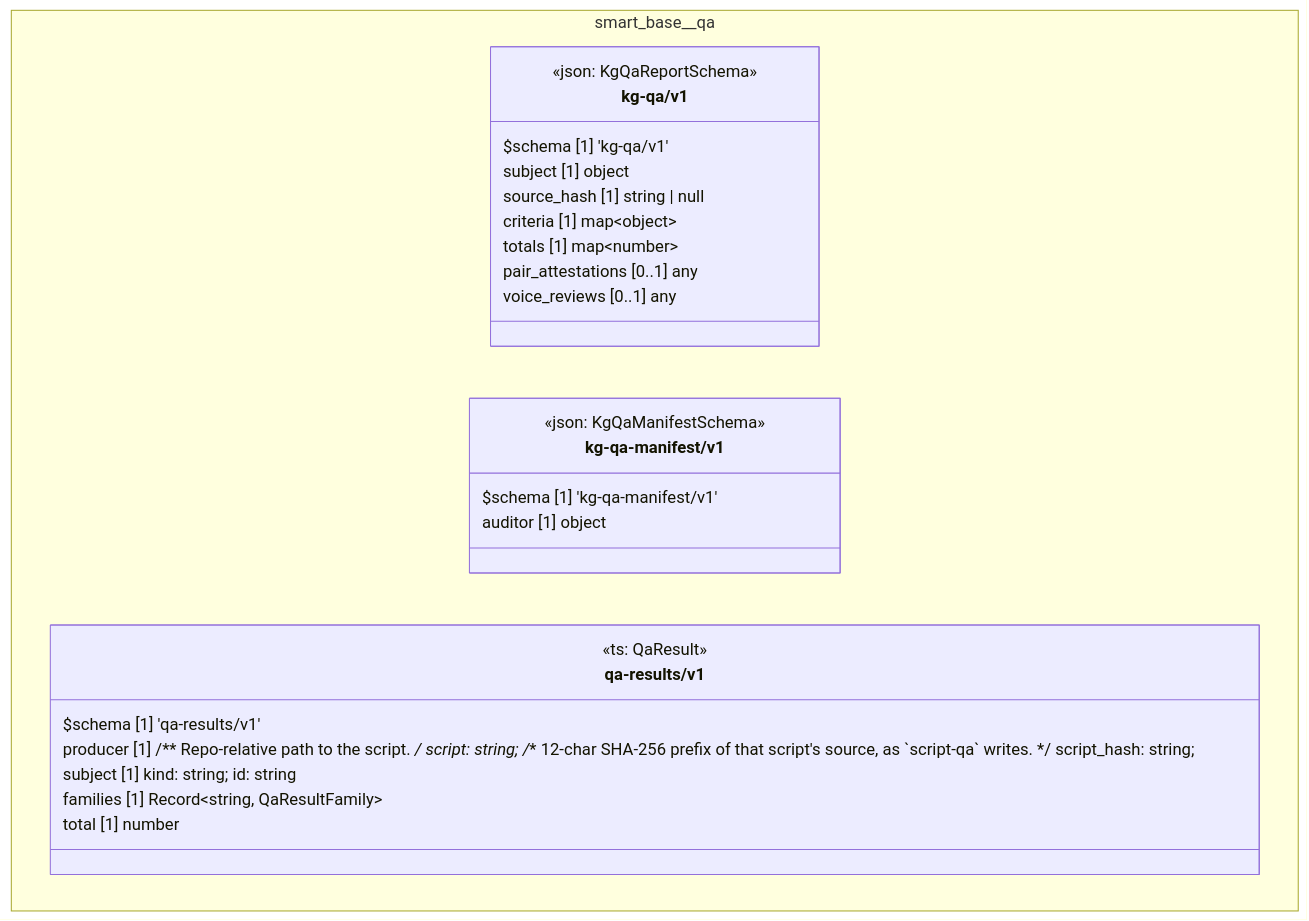
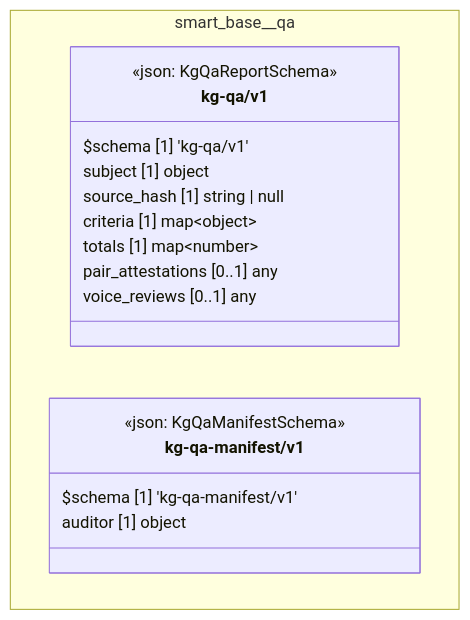
The diagram in cat-harness/docs/uml/overview/smart-base/qa.md (litlfred/folio-assistant), drawn with Mermaid before and after one commit. The commit also changed other lines of this file and 81 other files, not shown here.

````diff
--- a/cat-harness/docs/uml/overview/smart-base/qa.md
+++ b/cat-harness/docs/uml/overview/smart-base/qa.md
@@ -42,32 +42,23 @@
 ```mermaid
 classDiagram
   direction TB
   namespace smart_base__qa {
     class smart_base_qa_kg_qa_v1_kg_qa_v1["kg-qa/v1"] {
       <<json: KgQaReportSchema>>
       $schema [1] 'kg-qa/v1'
       subject [1] object
       source_hash [1] string | null
       criteria [1] map~object~
       totals [1] map~number~
       pair_attestations [0..1] any
       voice_reviews [0..1] any
     }
     class smart_base_qa_kg_qa_manifest_v1_kg_qa_manifest_v1["kg-qa-manifest/v1"] {
       <<json: KgQaManifestSchema>>
       $schema [1] 'kg-qa-manifest/v1'
       auditor [1] object
     }
-    class smart_base_qa_qa_results_v1["qa-results/v1"] {
-      <<ts: QaResult>>
-      $schema [1] 'qa-results/v1'
-      producer [1]  /** Repo-relative path to the script. */ script: string; /** 12-char SHA-256 prefix of that script's source, as `script-qa` writes. */ script_hash: string; 
-      subject [1]  kind: string; id: string 
-      families [1] Record~string, QaResultFamily~
-      total [1] number
-    }
   }
   cssClass "smart_base_qa_kg_qa_v1_kg_qa_v1" fa_uml_kind_qa
   cssClass "smart_base_qa_kg_qa_manifest_v1_kg_qa_manifest_v1" fa_uml_kind_qa
-  cssClass "smart_base_qa_qa_results_v1" fa_uml_kind_qa
 ```
````
